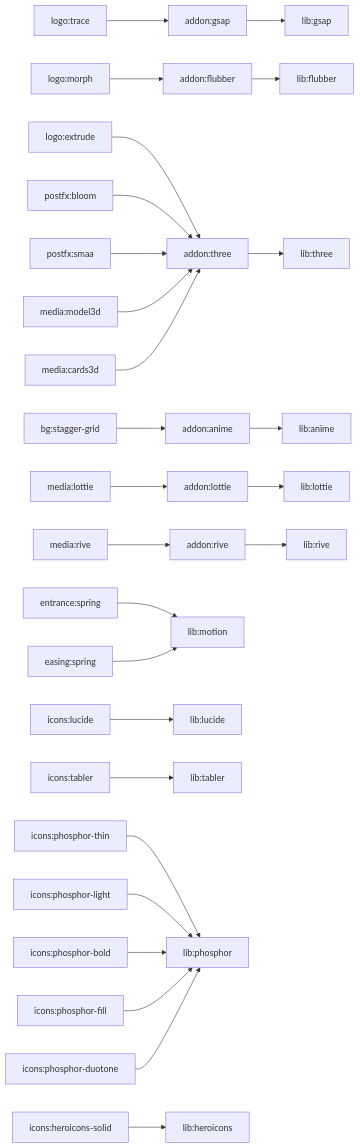
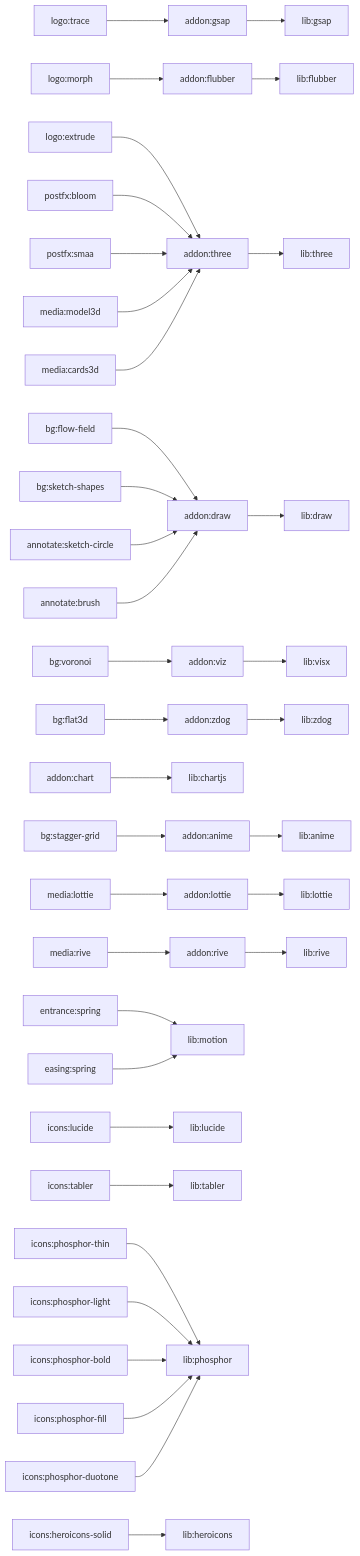
The diagram in apps/api/docs/VIDEO_CAPABILITIES.md (Idem-AI/idem), drawn with Mermaid before and after one commit. The commit also changed other lines of this file and 82 other files, not shown here.

```diff
--- a/apps/api/docs/VIDEO_CAPABILITIES.md
+++ b/apps/api/docs/VIDEO_CAPABILITIES.md
@@ -33,6 +33,18 @@
   addon_rive["addon:rive"]
   lib_rive["lib:rive"]
   addon_rive --> lib_rive
+  addon_chart["addon:chart"]
+  lib_chartjs["lib:chartjs"]
+  addon_chart --> lib_chartjs
+  addon_viz["addon:viz"]
+  lib_visx["lib:visx"]
+  addon_viz --> lib_visx
+  addon_draw["addon:draw"]
+  lib_draw["lib:draw"]
+  addon_draw --> lib_draw
+  addon_zdog["addon:zdog"]
+  lib_zdog["lib:zdog"]
+  addon_zdog --> lib_zdog
   entrance_spring["entrance:spring"]
   lib_motion["lib:motion"]
   entrance_spring --> lib_motion
@@ -42,8 +54,20 @@
   logo_morph --> addon_flubber
   logo_extrude["logo:extrude"]
   logo_extrude --> addon_three
+  bg_flow_field["bg:flow-field"]
+  bg_flow_field --> addon_draw
+  bg_sketch_shapes["bg:sketch-shapes"]
+  bg_sketch_shapes --> addon_draw
+  bg_voronoi["bg:voronoi"]
+  bg_voronoi --> addon_viz
+  bg_flat3d["bg:flat3d"]
+  bg_flat3d --> addon_zdog
   bg_stagger_grid["bg:stagger-grid"]
   bg_stagger_grid --> addon_anime
+  annotate_sketch_circle["annotate:sketch-circle"]
+  annotate_sketch_circle --> addon_draw
+  annotate_brush["annotate:brush"]
+  annotate_brush --> addon_draw
   icons_lucide["icons:lucide"]
   lib_lucide["lib:lucide"]
   icons_lucide --> lib_lucide
```
